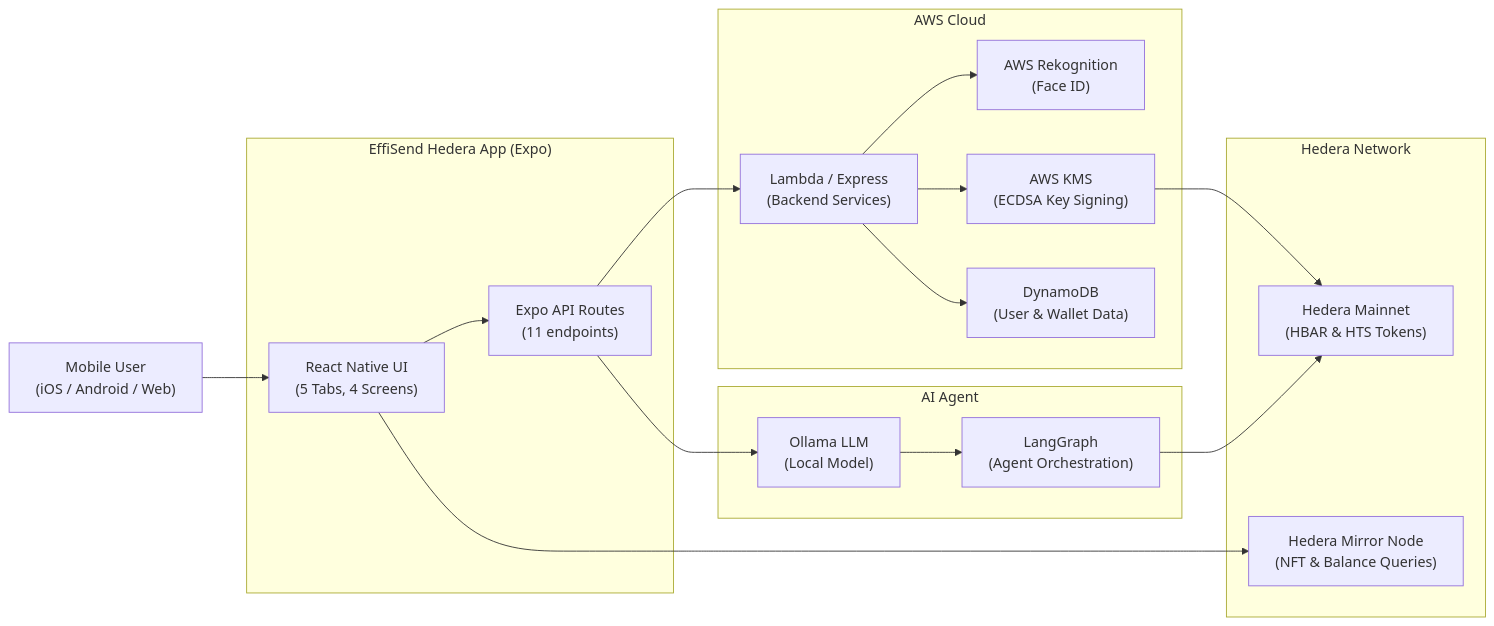
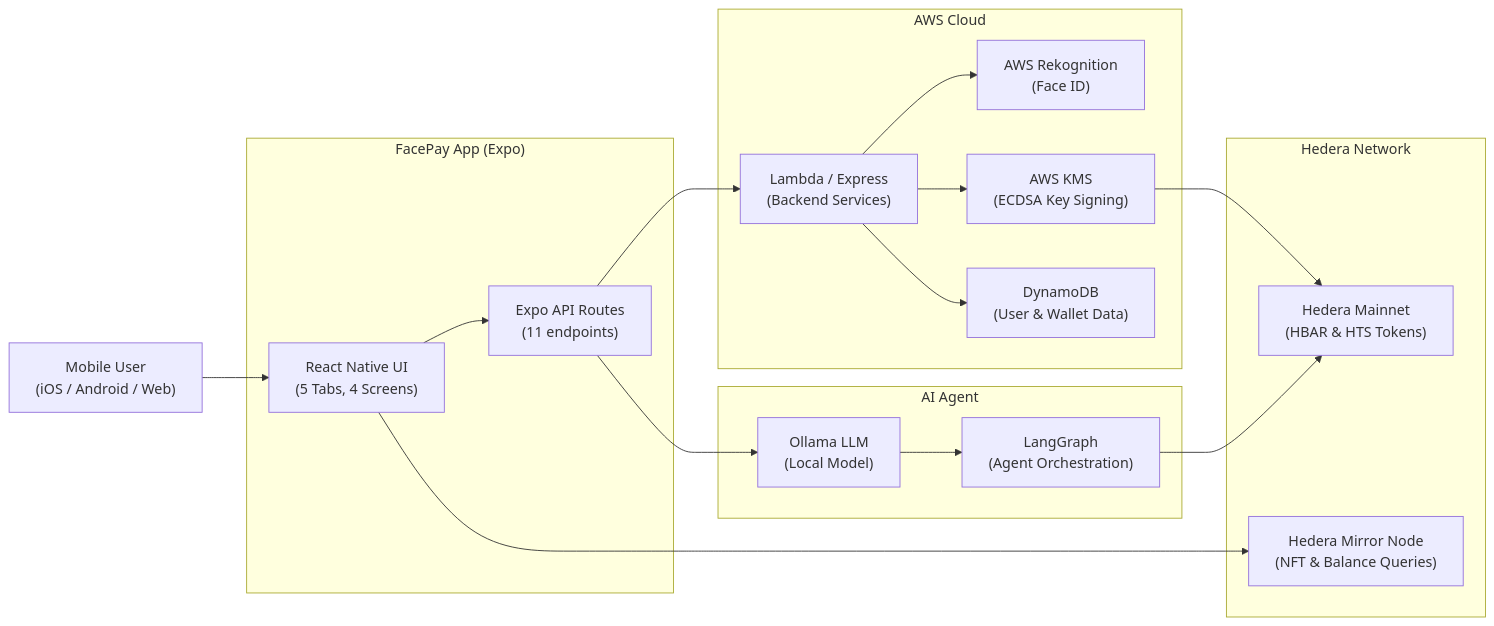
One commit to MasteraSnackin/VoicePay changed the diagram in README.md. Above: the diagram before and after it, drawn with Mermaid. The commit also changed other lines of this file and 809 other files, not shown here.

Commit message:
Rename app to FacePay and add local demo flow

````diff
--- a/README.md
+++ b/README.md
@@ -81,38 +81,38 @@
 ```mermaid
 flowchart LR
   User["Mobile User\n(iOS / Android / Web)"]
 
-  subgraph ExpoApp["EffiSend Hedera App (Expo)"]
+  subgraph ExpoApp["FacePay App (Expo)"]
     UI["React Native UI\n(5 Tabs, 4 Screens)"]
     APIRoutes["Expo API Routes\n(11 endpoints)"]
   end
 
   subgraph AWS["AWS Cloud"]
     Rekognition["AWS Rekognition\n(Face ID)"]
     KMS["AWS KMS\n(ECDSA Key Signing)"]
     DynamoDB["DynamoDB\n(User & Wallet Data)"]
     Lambda["Lambda / Express\n(Backend Services)"]
   end
 
   subgraph Hedera["Hedera Network"]
     HederaNode["Hedera Mainnet\n(HBAR & HTS Tokens)"]
     MirrorNode["Hedera Mirror Node\n(NFT & Balance Queries)"]
   end
 
   subgraph AI["AI Agent"]
     Ollama["Ollama LLM\n(Local Model)"]
     LangGraph["LangGraph\n(Agent Orchestration)"]
   end
 
   User --> UI
   UI --> APIRoutes
   APIRoutes --> Lambda
   Lambda --> Rekognition
   Lambda --> KMS
   Lambda --> DynamoDB
   KMS --> HederaNode
   APIRoutes --> Ollama
   Ollama --> LangGraph
   LangGraph --> HederaNode
   UI --> MirrorNode
 ```
````
